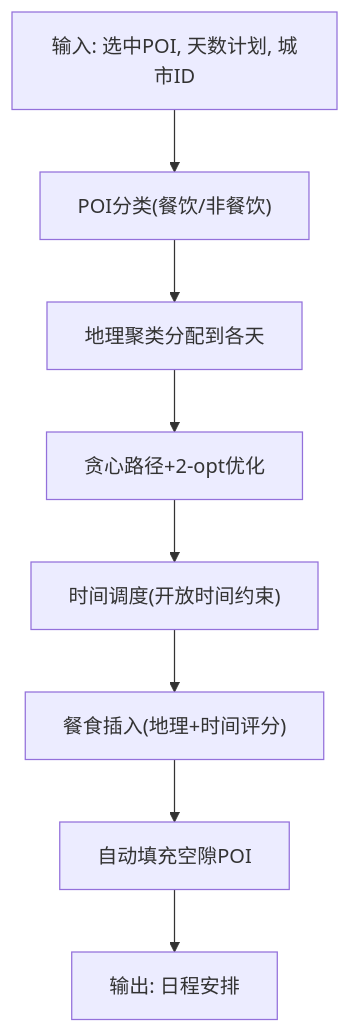
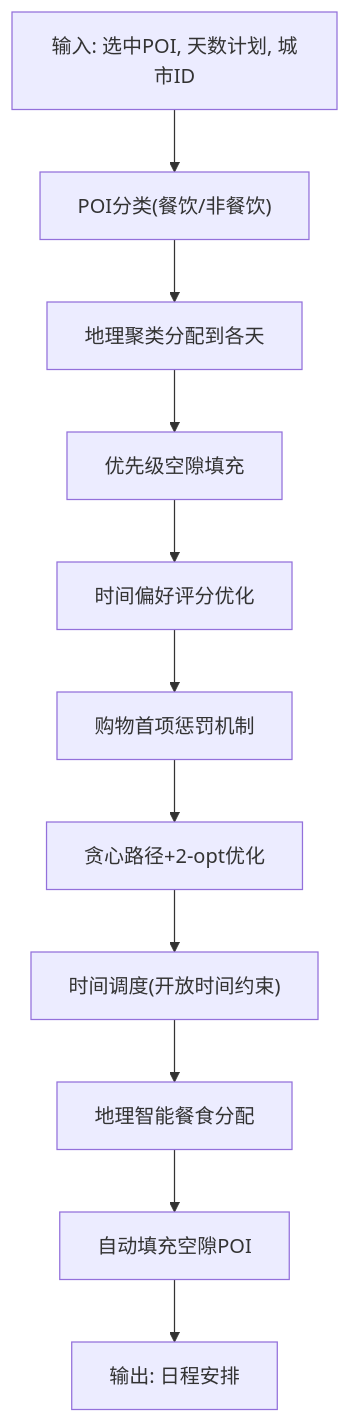
The seventh of 8 diagrams in .qoder/repowiki/zh/content/开发者指南/开发工作流程.md (ititjjy/AITrip-plan), drawn with Mermaid before and after one commit. The commit also changed other lines of this file and 144 other files, not shown here.

````diff
--- a/.qoder/repowiki/zh/content/开发者指南/开发工作流程.md
+++ b/.qoder/repowiki/zh/content/开发者指南/开发工作流程.md
@@ -247,10 +270,13 @@
 ```mermaid
 flowchart TD
 Input["输入: 选中POI, 天数计划, 城市ID"] --> Classify["POI分类(餐饮/非餐饮)"]
-Classify --> Cluster["地理聚类分配到各天"]
-Cluster --> Route["贪心路径+2-opt优化"]
+Classify --> GeoCluster["地理聚类分配到各天"]
+GeoCluster --> PriorityGap["优先级空隙填充"]
+PriorityGap --> TimePref["时间偏好评分优化"]
+TimePref --> ShoppingPenalty["购物首项惩罚机制"]
+ShoppingPenalty --> Route["贪心路径+2-opt优化"]
 Route --> Schedule["时间调度(开放时间约束)"]
-Schedule --> Meals["餐食插入(地理+时间评分)"]
-Meals --> AutoFill["自动填充空隙POI"]
+Schedule --> MealSmart["地理智能餐食分配"]
+MealSmart --> AutoFill["自动填充空隙POI"]
 AutoFill --> Output["输出: 日程安排"]
 ```
````
